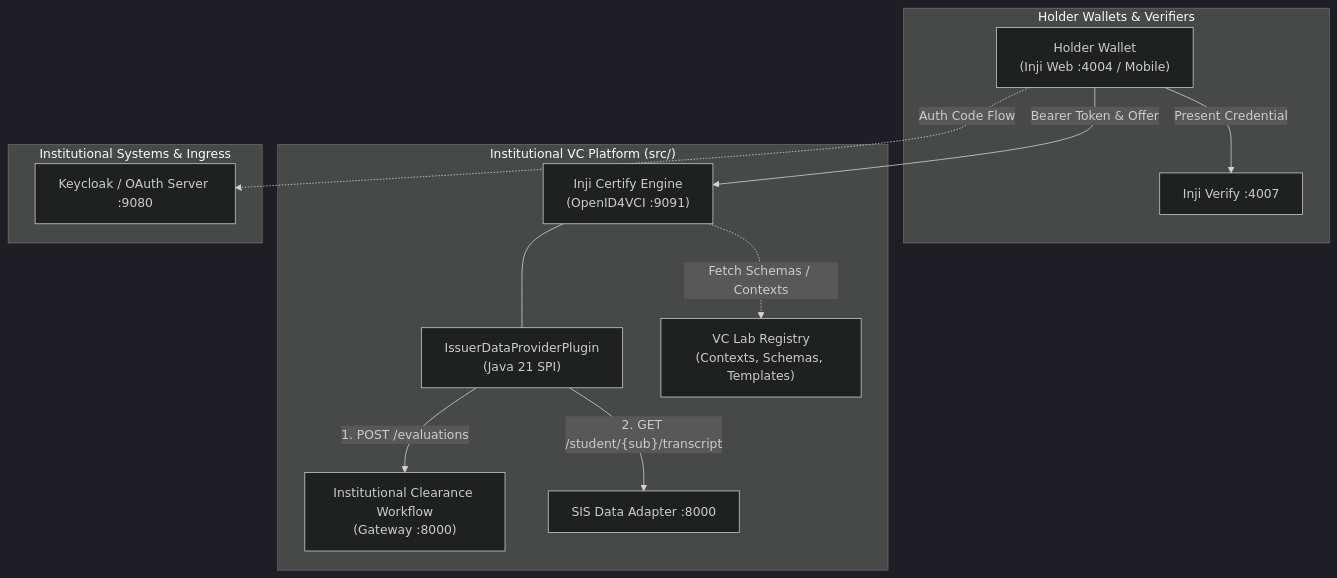
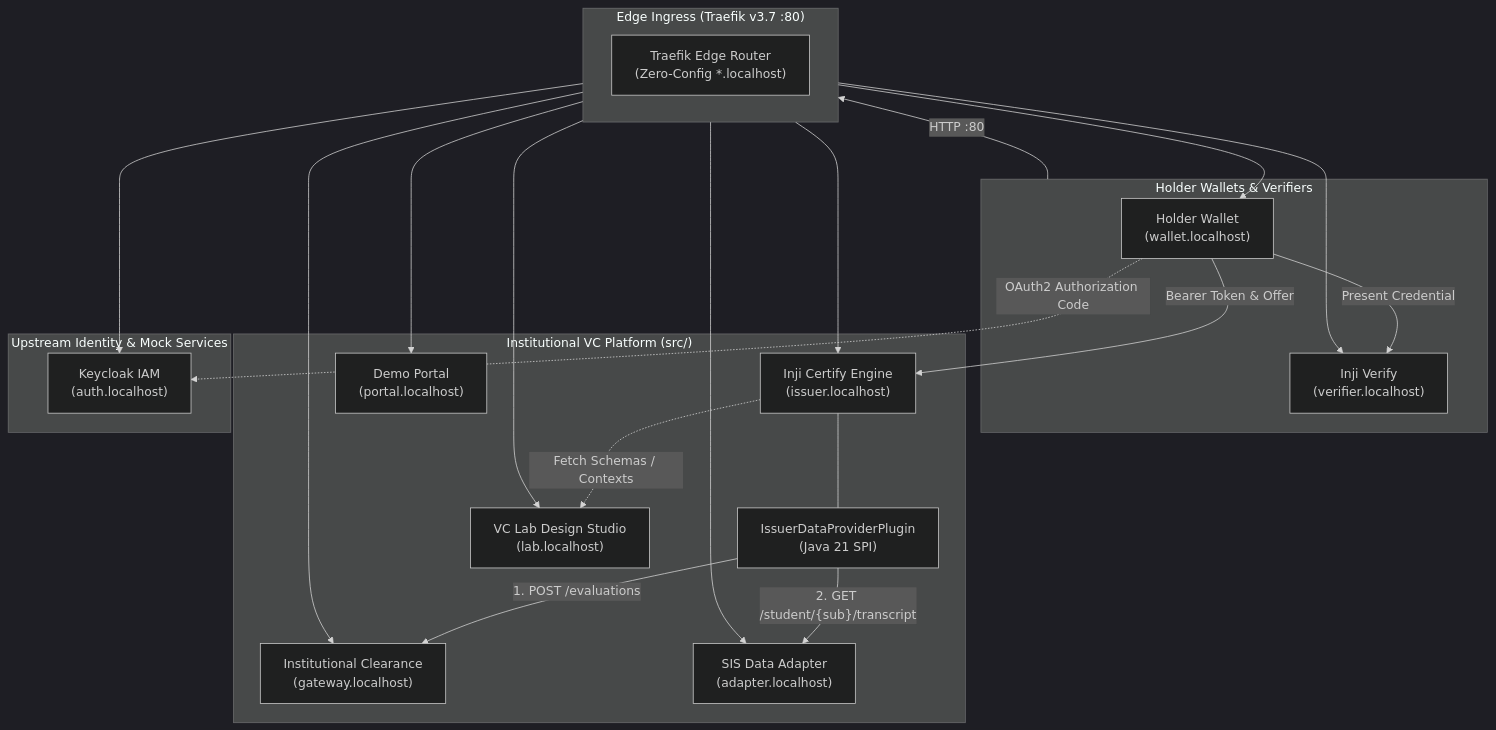
One commit to mosip-asia/ait-issuer-platform changed the first of 3 diagrams in README.md. Above: the diagram before and after it, drawn with Mermaid (dark theme). The commit also changed other lines of this file, not shown here.

````diff
--- a/README.md
+++ b/README.md
@@ -7,27 +7,42 @@
 ```mermaid
 flowchart TD
     subgraph Client["Holder Wallets & Verifiers"]
-        Wallet["Holder Wallet<br>(Inji Web :4004 / Mobile)"]
-        Verifier["Inji Verify :4007"]
+        Wallet["Holder Wallet<br>(wallet.localhost)"]
+        Verifier["Inji Verify<br>(verifier.localhost)"]
+    end
+
+    subgraph Edge["Edge Ingress (Traefik v3.7 :80)"]
+        Traefik["Traefik Edge Router<br>(Zero-Config *.localhost)"]
     end
 
     subgraph Platform["Institutional VC Platform (src/)"]
-        Certify["Inji Certify Engine<br>(OpenID4VCI :9091)"]
+        Certify["Inji Certify Engine<br>(issuer.localhost)"]
         Plugin["IssuerDataProviderPlugin<br>(Java 21 SPI)"]
-        Gateway["Institutional Clearance Workflow<br>(Gateway :8000)"]
-        VCLab["VC Lab Registry<br>(Contexts, Schemas, Templates)"]
+        Gateway["Institutional Clearance<br>(gateway.localhost)"]
+        VCLab["VC Lab Design Studio<br>(lab.localhost)"]
+        Portal["Demo Portal<br>(portal.localhost)"]
         Certify --- Plugin
         Plugin -->|1. POST /evaluations| Gateway
         Plugin -->|"2. GET /student/{sub}/transcript"| Adapter
     end
 
-    subgraph Upstream["Institutional Systems & Ingress"]
-        Adapter["SIS Data Adapter :8000"]
-        Auth["Keycloak / OAuth Server :9080"]
+    subgraph Upstream["Upstream Identity & Mock Services"]
+        Adapter["SIS Data Adapter<br>(adapter.localhost)"]
+        Auth["Keycloak IAM<br>(auth.localhost)"]
     end
 
+    Client -->|HTTP :80| Edge
+    Edge --> Wallet
+    Edge --> Verifier
+    Edge --> Certify
+    Edge --> VCLab
+    Edge --> Portal
+    Edge --> Auth
+    Edge --> Adapter
+    Edge --> Gateway
+
     Wallet -->|Bearer Token & Offer| Certify
-    Wallet -.->|Auth Code Flow| Auth
+    Wallet -.->|OAuth2 Authorization Code| Auth
     Wallet -->|Present Credential| Verifier
     Certify -.->|Fetch Schemas / Contexts| VCLab
 ```
````
